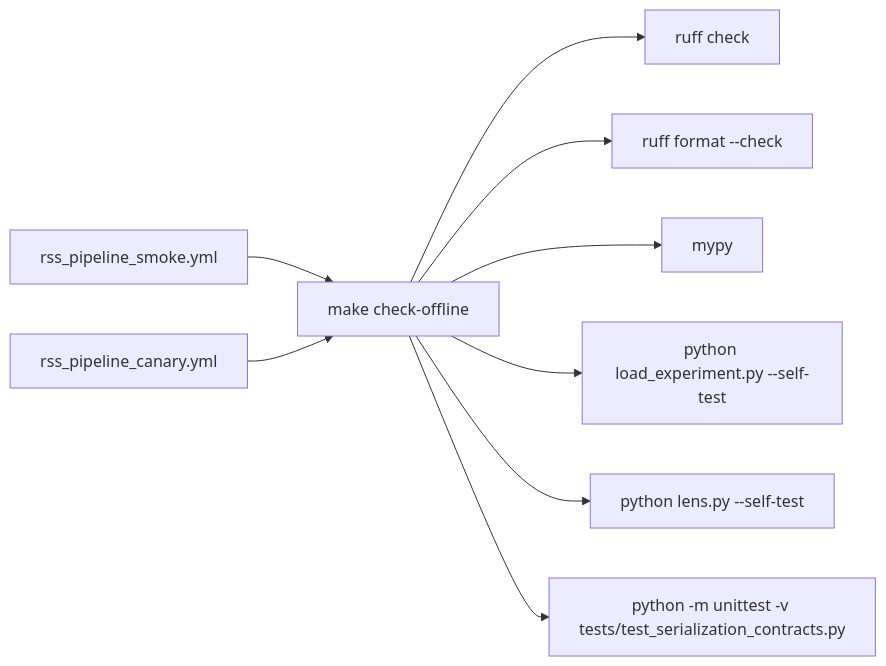
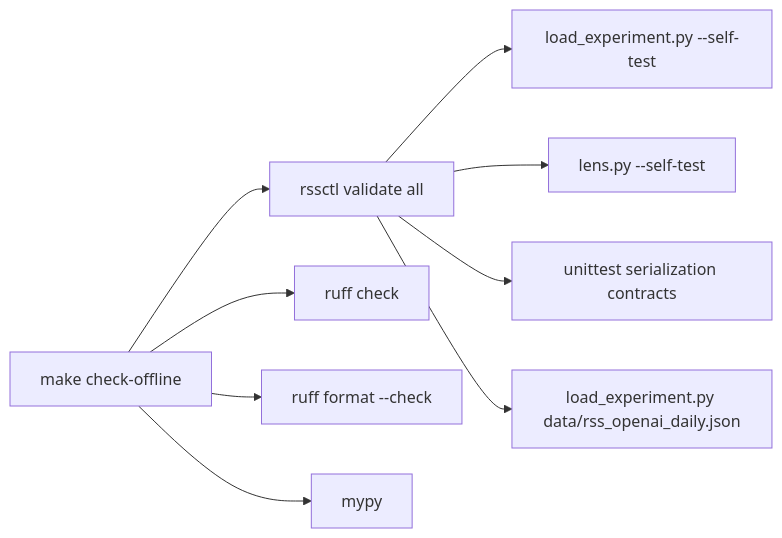
One commit to Distinction-Projects/RSS_Feeds changed the third of 3 diagrams in workflow_diagram.md. Above: the diagram before and after it, drawn with Mermaid. The commit also changed other lines of this file and 3 other files, not shown here.

Commit message:
docs: document rssctl workflow and v2 audit architecture

````diff
--- a/workflow_diagram.md
+++ b/workflow_diagram.md
@@ -57,12 +60,12 @@
 ```mermaid
 flowchart LR
-  Check["make check-offline"] --> Lint["ruff check"]
-  Check --> Format["ruff format --check"]
-  Check --> Types["mypy"]
-  Check --> SelfA["python load_experiment.py --self-test"]
-  Check --> SelfB["python lens.py --self-test"]
-  Check --> Contracts["python -m unittest -v tests/test_serialization_contracts.py"]
+  Validate["rssctl validate all"] --> LoaderSelf["load_experiment.py --self-test"]
+  Validate --> LensSelf["lens.py --self-test"]
+  Validate --> Contracts["unittest serialization contracts"]
+  Validate --> DigestParse["load_experiment.py data/rss_openai_daily.json"]
 
-  SmokeCI["rss_pipeline_smoke.yml"] --> Check
-  CanaryCI["rss_pipeline_canary.yml"] --> Check
+  MakeCheck["make check-offline"] --> Lint["ruff check"]
+  MakeCheck --> Format["ruff format --check"]
+  MakeCheck --> Type["mypy"]
+  MakeCheck --> Validate
 ```
````
